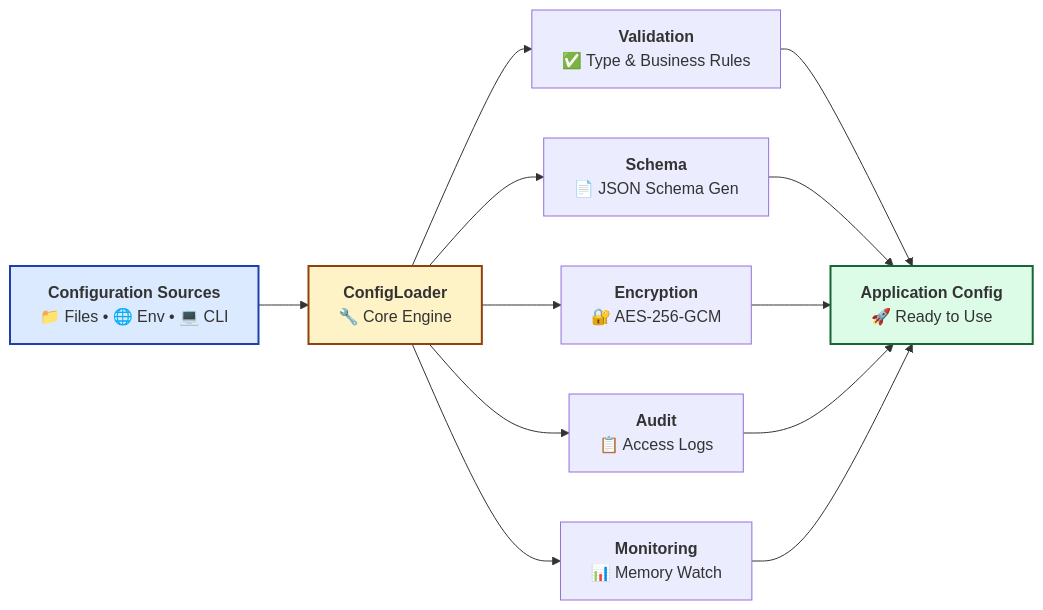
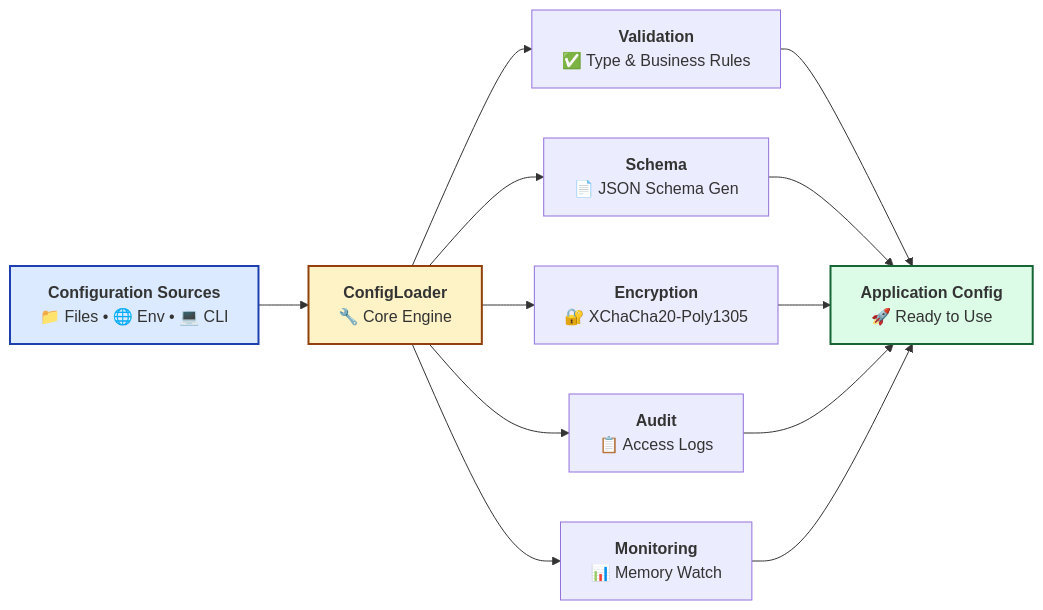
Before and after one commit to Kirky-X/confers: the first of 3 diagrams in README.md, drawn with Mermaid. The commit also changed other lines of this file and 1 other file, not shown here.

````diff
--- a/README.md
+++ b/README.md
@@ -165,18 +164,18 @@
 ```mermaid
 graph LR
     A[<b>Configuration Sources</b><br/>📁 Files • 🌐 Env • 💻 CLI] --> B[<b>ConfigLoader</b><br/>🔧 Core Engine]
     B --> C[<b>Validation</b><br/>✅ Type & Business Rules]
     B --> D[<b>Schema</b><br/>📄 JSON Schema Gen]
-    B --> E[<b>Encryption</b><br/>🔐 AES-256-GCM]
+    B --> E[<b>Encryption</b><br/>🔐 XChaCha20-Poly1305]
     B --> F[<b>Audit</b><br/>📋 Access Logs]
     B --> G[<b>Monitoring</b><br/>📊 Memory Watch]
     C --> H[<b>Application Config</b><br/>🚀 Ready to Use]
     D --> H
     E --> H
     F --> H
     G --> H
     
     style A fill:#DBEAFE,stroke:#1E40AF,stroke-width:2px
     style B fill:#FEF3C7,stroke:#92400E,stroke-width:2px
     style H fill:#DCFCE7,stroke:#166534,stroke-width:2px
 ```
````
